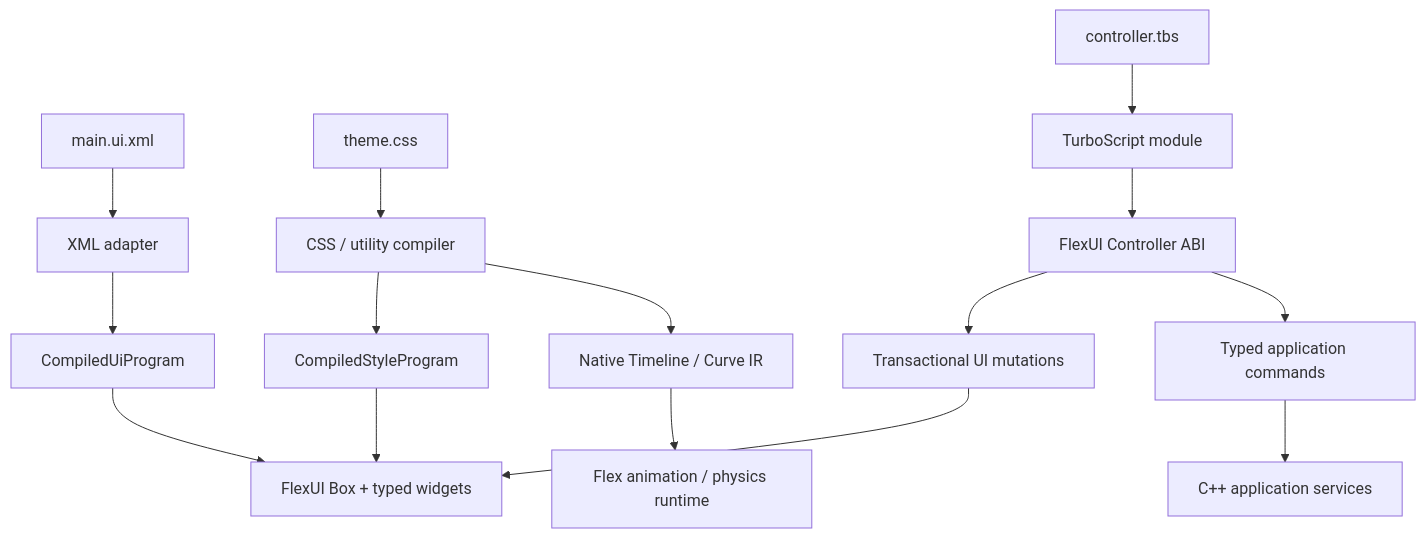
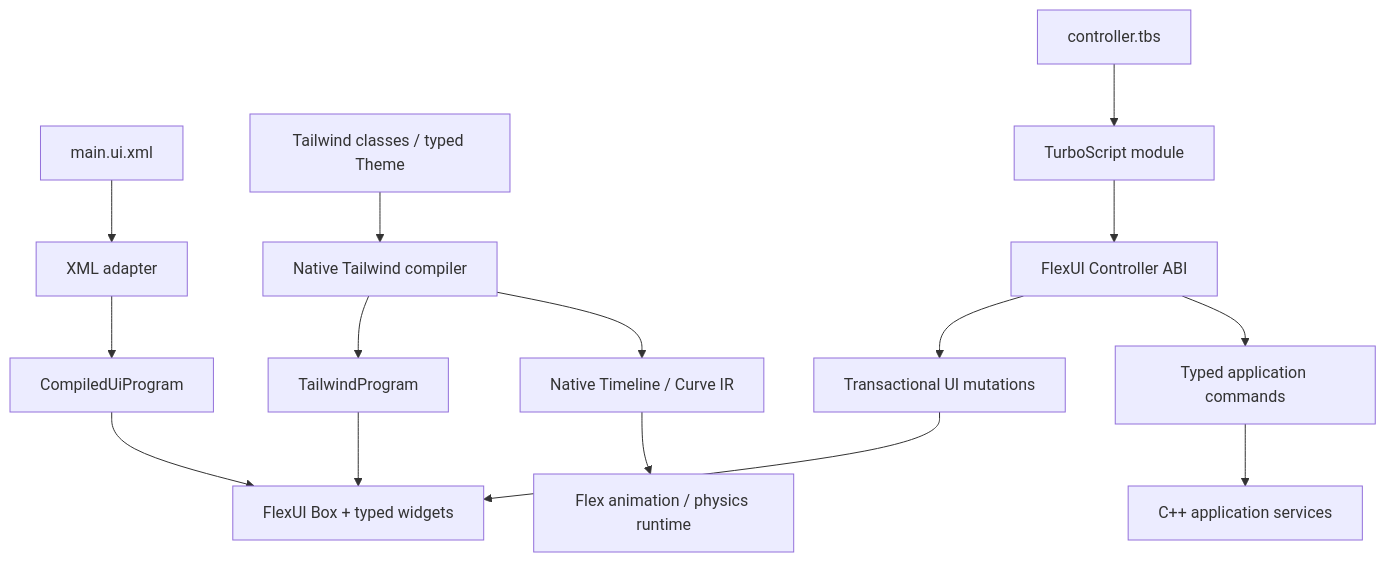
The first of 2 diagrams in flexUI/docs/XML_CSS_TBS_ARCHITECTURE.md (qigao/stun), drawn with Mermaid before and after one commit. The commit also changed other lines of this file and 14 other files, not shown here.

Commit message:
docs: define native Tailwind and backend shader contracts

````diff
--- a/flexUI/docs/XML_CSS_TBS_ARCHITECTURE.md
+++ b/flexUI/docs/XML_CSS_TBS_ARCHITECTURE.md
@@ -420,18 +432,18 @@
 ```mermaid
 flowchart TD
     XML[main.ui.xml] --> XP[XML adapter]
-    CSS[theme.css] --> CP[CSS / utility compiler]
+    TW["Tailwind classes / typed Theme"] --> CP["Native Tailwind compiler"]
     TBS[controller.tbs] --> TS[TurboScript module]
 
     XP --> UIIR[CompiledUiProgram]
-    CP --> StyleIR[CompiledStyleProgram]
+    CP --> StyleIR[TailwindProgram]
     CP --> AIR[Native Timeline / Curve IR]
     UIIR --> Box[FlexUI Box + typed widgets]
     StyleIR --> Box
     AIR --> Runtime[Flex animation / physics runtime]
     TS --> Controller[FlexUI Controller ABI]
     Controller --> Mutations[Transactional UI mutations]
     Controller --> Commands[Typed application commands]
     Mutations --> Box
     Commands --> Host[C++ application services]
 ```
````
